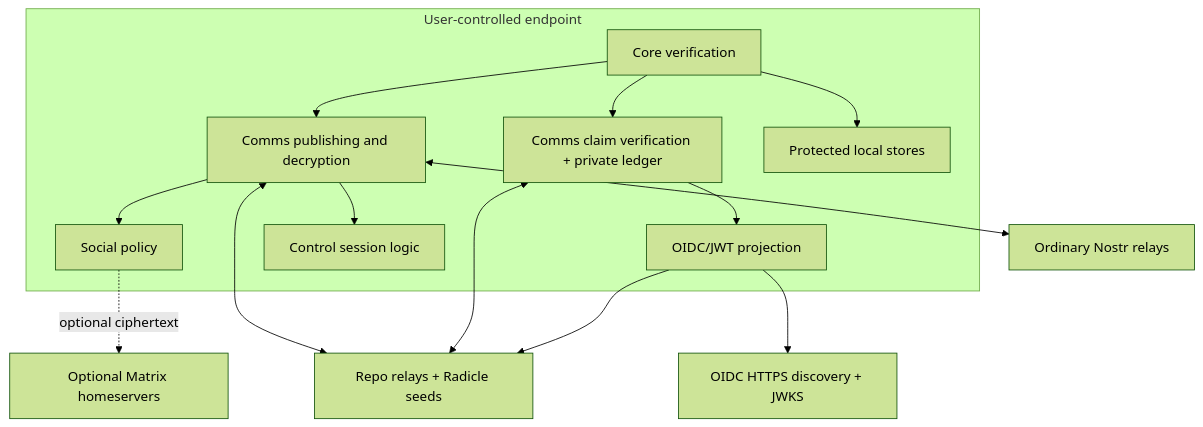
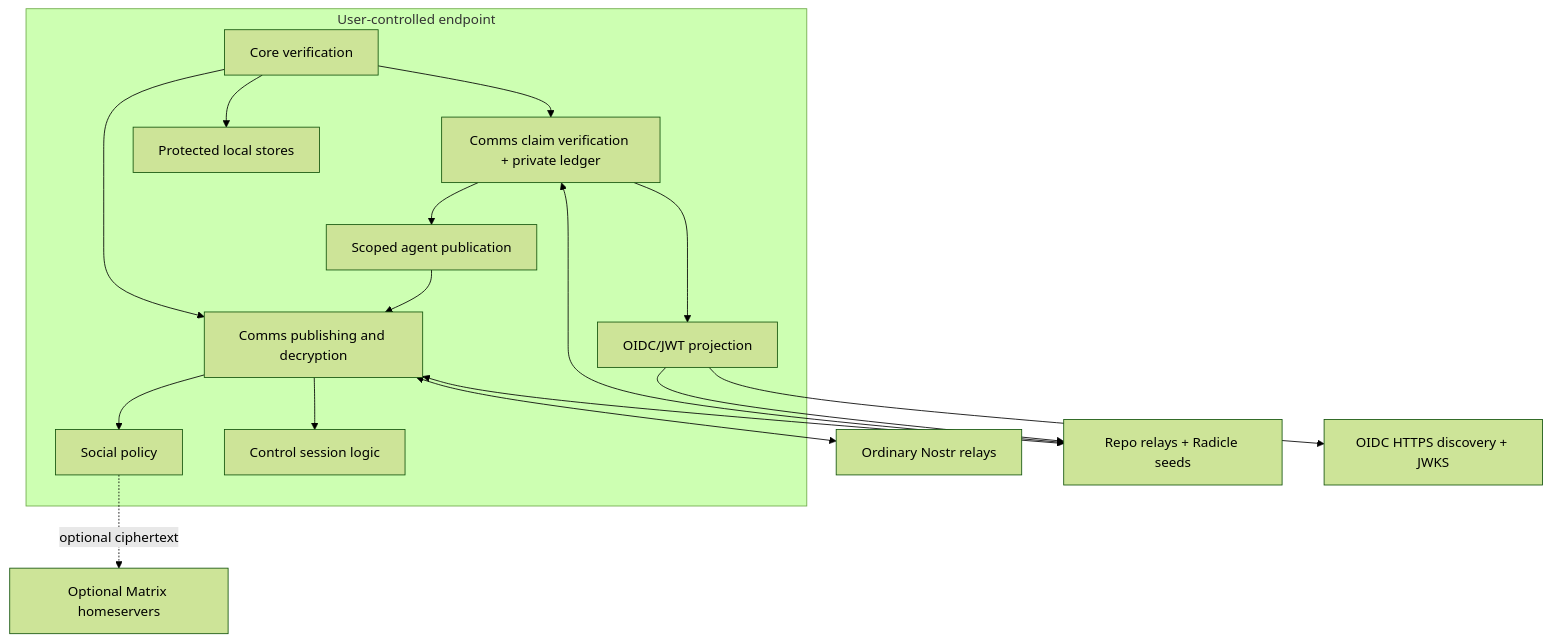
The second of 2 diagrams in docs/architecture.md (HeterodyneNetwork/HeterodyneProtocol), drawn with Mermaid (forest theme) before and after one commit. The commit also changed other lines of this file and 8 other files, not shown here.

````diff
--- a/docs/architecture.md
+++ b/docs/architecture.md
@@ -171,28 +213,31 @@
 ```mermaid
 flowchart TB
   subgraph Device[User-controlled endpoint]
     Verify[Core verification]
     Publish[Comms publishing and decryption]
     Claims[Comms claim verification + private ledger]
     OIDC[OIDC/JWT projection]
+    Agent[Scoped agent publication]
     Policy[Social policy]
     RPC[Control session logic]
     Keys[Protected local stores]
     Verify --> Publish
     Verify --> Claims
     Claims --> OIDC
+    Claims --> Agent
+    Agent --> Publish
     Publish --> Policy
     Publish --> RPC
     Verify --> Keys
   end
   Nostr[Ordinary Nostr relays]
   Repo[Repo relays + Radicle seeds]
   HTTPS[OIDC HTTPS discovery + JWKS]
   Matrix[Optional Matrix homeservers]
   Publish <--> Nostr
   Publish <--> Repo
   Claims <--> Repo
   OIDC --> HTTPS
   OIDC --> Repo
   Policy -. optional ciphertext .-> Matrix
 ```
````
